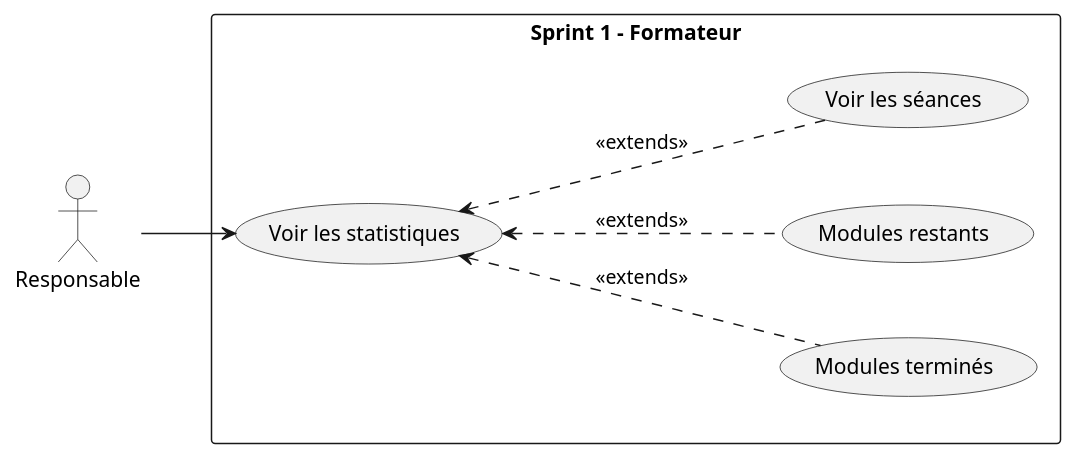
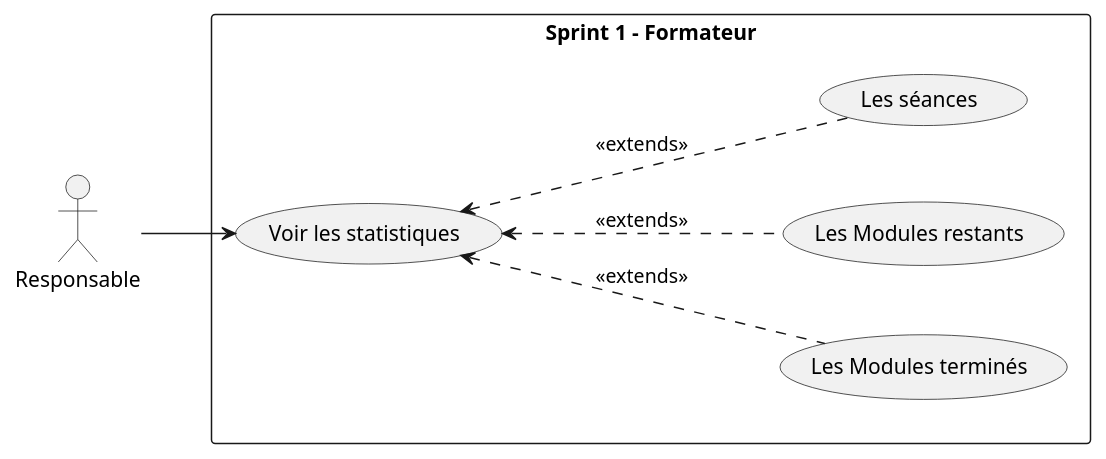
Before and after one commit to Ayoub-El-Bouzidi/fil-rouge: the diagram in Branch Functional/Analys/useCase_1.puml, drawn with PlantUML. The commit also changed 216 other files, not shown here.

```diff
--- a/Branch Functional/Analys/useCase_1.puml
+++ b/Branch Functional/Analys/useCase_1.puml
@@ -1,19 +1,19 @@
 @startuml
 left to right direction
 skinparam packageStyle rectangle
 
 actor Responsable
 
 rectangle "Sprint 1 - Formateur" {
   
   usecase "Voir les statistiques"
-  usecase "Modules terminés" as ModulesFinis
-  usecase "Modules restants" as ModulesRestants
-  usecase "Voir les séances" as VoirSeances
+  usecase "Les Modules terminés" as ModulesFinis
+  usecase "Les Modules restants" as ModulesRestants
+  usecase "Les séances" as VoirSeances
 
   Responsable --> "Voir les statistiques"
   "Voir les statistiques" <--. ModulesFinis : <<extends>>
   "Voir les statistiques" <--. ModulesRestants : <<extends>>
   "Voir les statistiques" <--. VoirSeances : <<extends>>
 }
 @enduml
```
